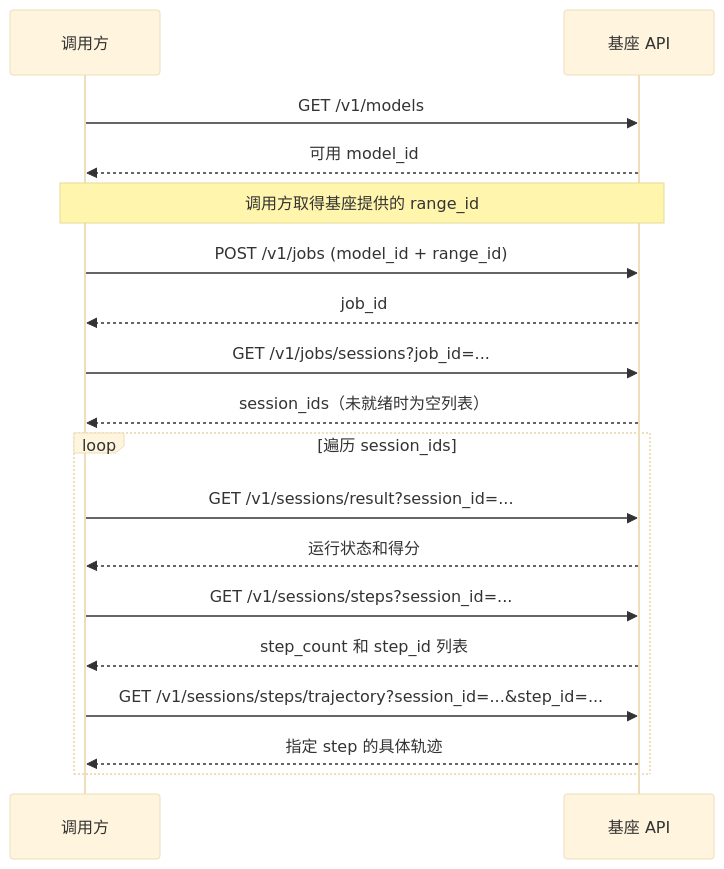
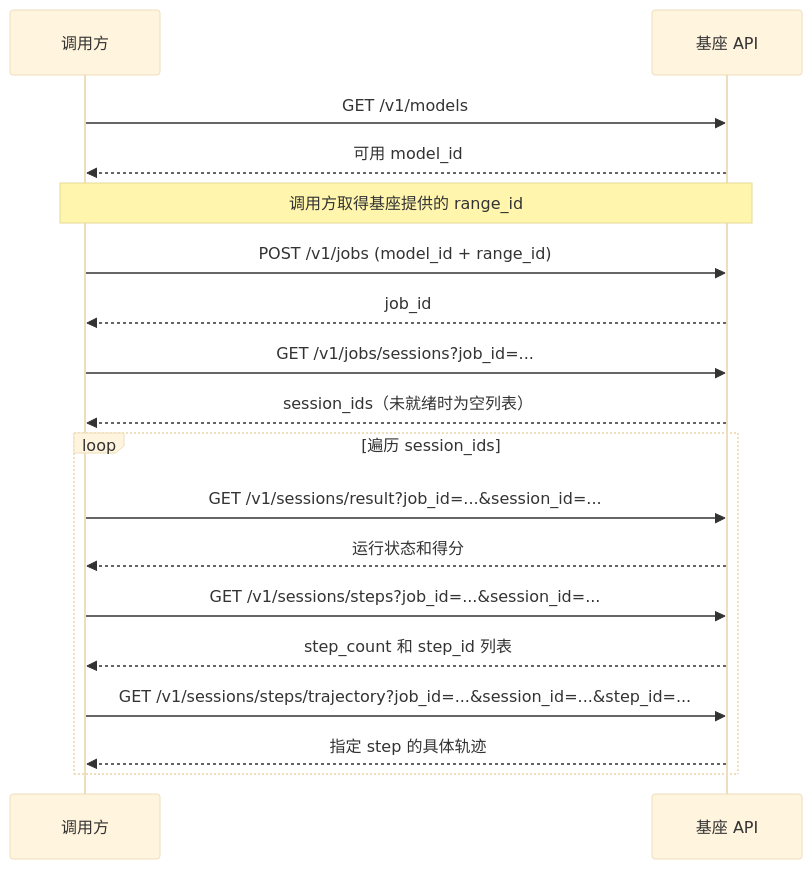
The diagram in docs/API_DESIGN.md (BinHuangPJLAB/SafactoryServer), drawn with Mermaid (base theme) before and after one commit. The commit also changed other lines of this file, not shown here.

````diff
--- a/docs/API_DESIGN.md
+++ b/docs/API_DESIGN.md
@@ -35,21 +36,21 @@
 ```mermaid
 sequenceDiagram
     participant Client as 调用方
     participant Base as 基座 API
 
     Client->>Base: GET /v1/models
     Base-->>Client: 可用 model_id
     Note over Client,Base: 调用方取得基座提供的 range_id
     Client->>Base: POST /v1/jobs (model_id + range_id)
     Base-->>Client: job_id
     Client->>Base: GET /v1/jobs/sessions?job_id=...
     Base-->>Client: session_ids（未就绪时为空列表）
     loop 遍历 session_ids
-        Client->>Base: GET /v1/sessions/result?session_id=...
+        Client->>Base: GET /v1/sessions/result?job_id=...&session_id=...
         Base-->>Client: 运行状态和得分
-        Client->>Base: GET /v1/sessions/steps?session_id=...
+        Client->>Base: GET /v1/sessions/steps?job_id=...&session_id=...
         Base-->>Client: step_count 和 step_id 列表
-        Client->>Base: GET /v1/sessions/steps/trajectory?session_id=...&step_id=...
+        Client->>Base: GET /v1/sessions/steps/trajectory?job_id=...&session_id=...&step_id=...
         Base-->>Client: 指定 step 的具体轨迹
     end
 ```
````
